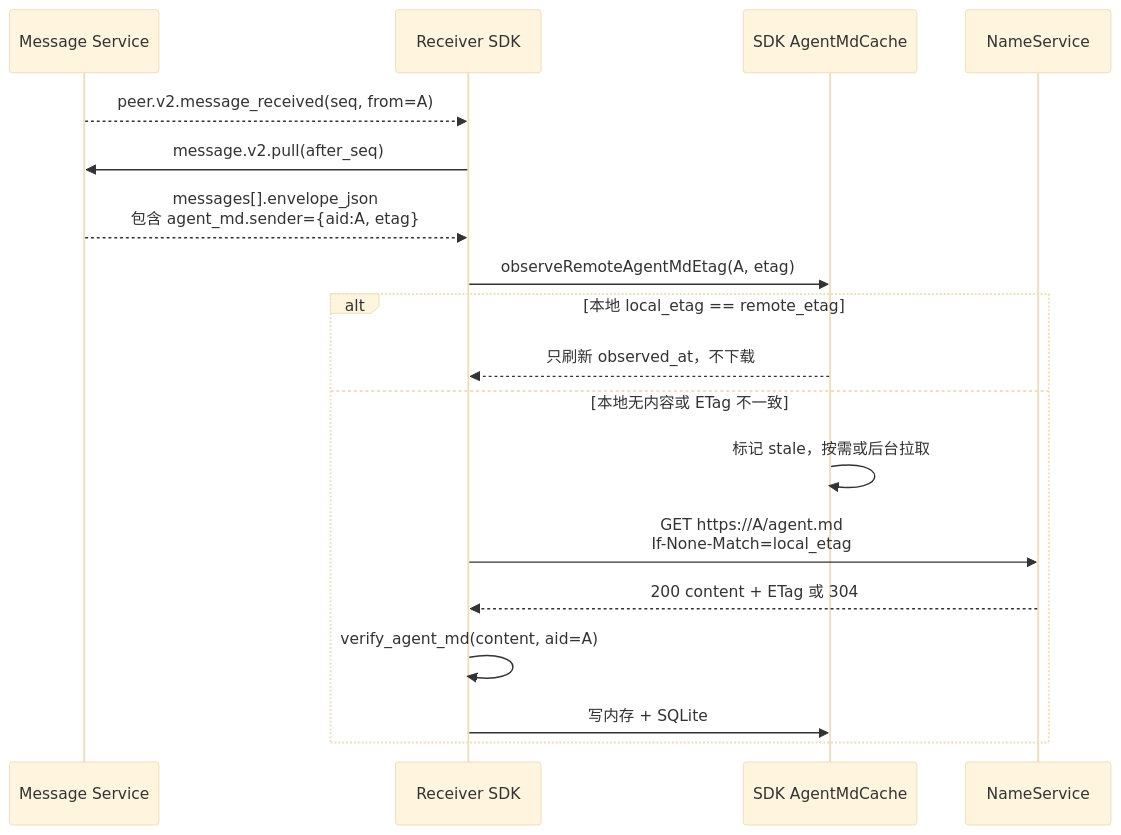
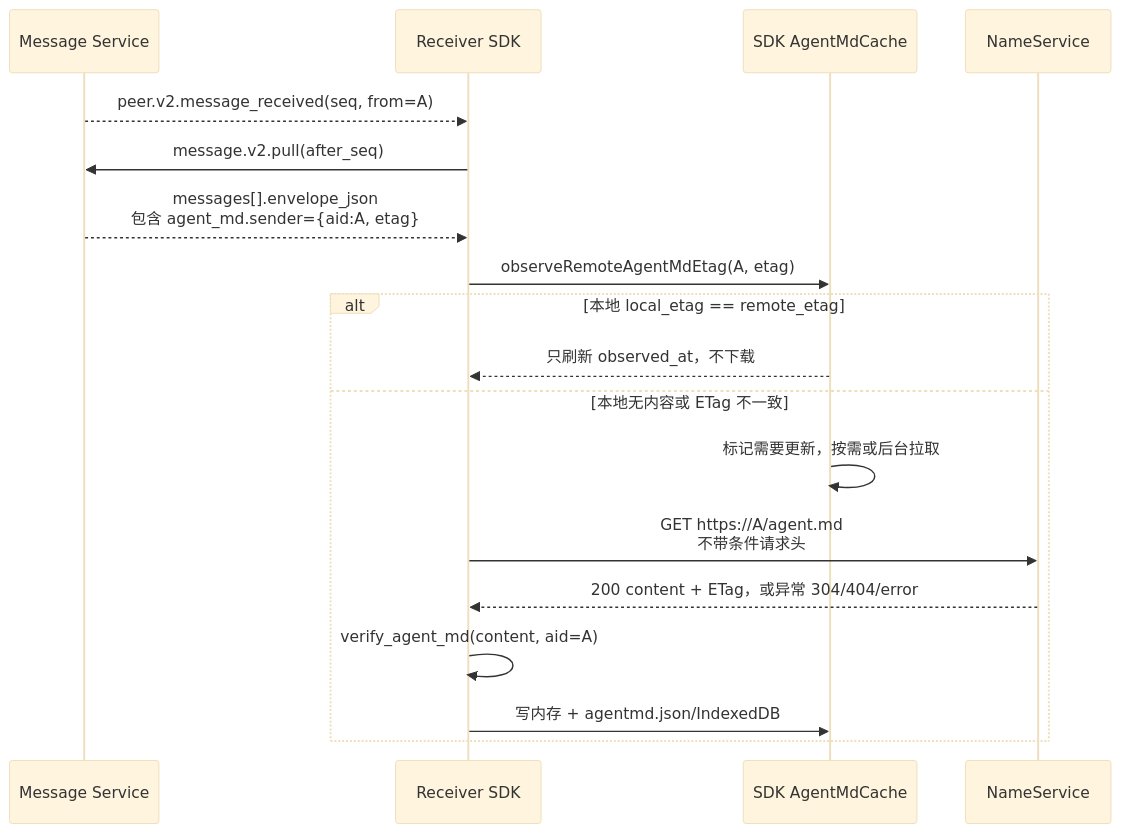
The second of 4 diagrams in docs/agent.md/远程agent.md缓存与etag透传方案.md (ModelUnion/aun-sdk-core), drawn with Mermaid (base theme) before and after one commit. The commit also changed other lines of this file and 158 other files, not shown here.

Commit message:
feat(sdk): v0.4.6 — Keystore 拆分(LocalIdentityStore/LocalTokenStore) + AgentMdManager 独立 + RegisterFlow 公开方法 + 四语言对齐

````diff
--- a/docs/agent.md/远程agent.md缓存与etag透传方案.md
+++ b/docs/agent.md/远程agent.md缓存与etag透传方案.md
@@ -115,22 +118,22 @@
 ```mermaid
 sequenceDiagram
     participant MSG as Message Service
     participant B as Receiver SDK
     participant Cache as SDK AgentMdCache
     participant NS as NameService
 
     MSG-->>B: peer.v2.message_received(seq, from=A)
     B->>MSG: message.v2.pull(after_seq)
     MSG-->>B: messages[].envelope_json<br/>包含 agent_md.sender={aid:A, etag}
     B->>Cache: observeRemoteAgentMdEtag(A, etag)
 
     alt 本地 local_etag == remote_etag
         Cache-->>B: 只刷新 observed_at，不下载
     else 本地无内容或 ETag 不一致
-        Cache->>Cache: 标记 stale，按需或后台拉取
-        B->>NS: GET https://A/agent.md<br/>If-None-Match=local_etag
-        NS-->>B: 200 content + ETag 或 304
+        Cache->>Cache: 标记需要更新，按需或后台拉取
+        B->>NS: GET https://A/agent.md<br/>不带条件请求头
+        NS-->>B: 200 content + ETag，或异常 304/404/error
         B->>B: verify_agent_md(content, aid=A)
-        B->>Cache: 写内存 + SQLite
+        B->>Cache: 写内存 + agentmd.json/IndexedDB
     end
 ```
````
